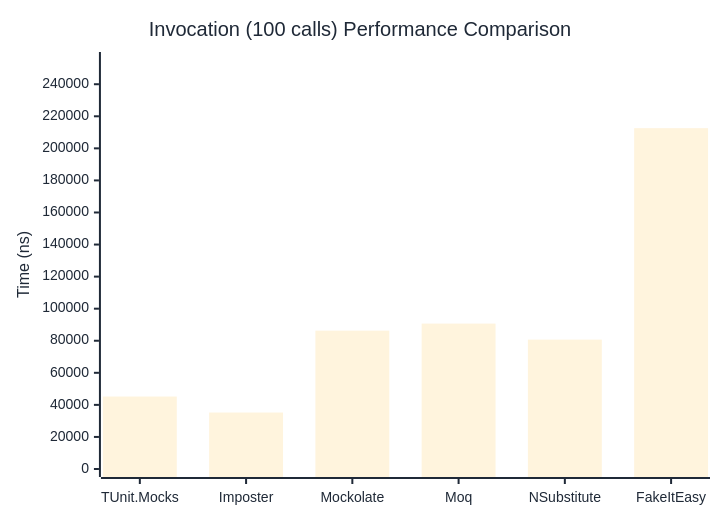
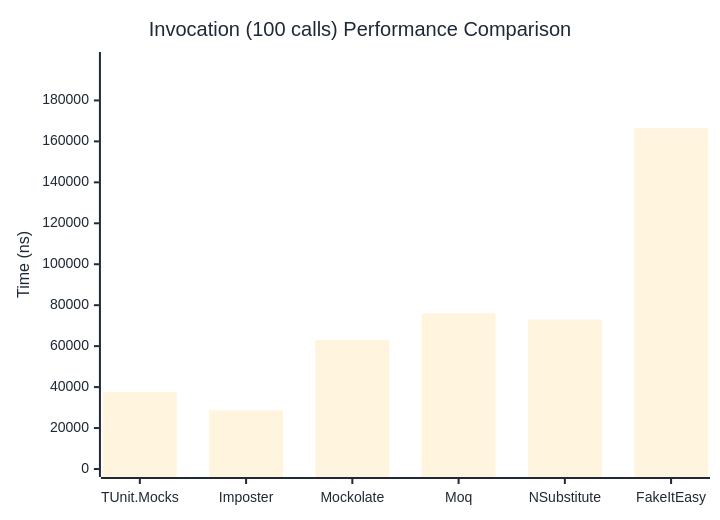
Before and after one commit to thomhurst/TUnit: the third of 3 diagrams in docs/docs/benchmarks/mocks/Invocation.md, drawn with Mermaid. The commit also changed other lines of this file and 14 other files, not shown here.

````diff
--- a/docs/docs/benchmarks/mocks/Invocation.md
+++ b/docs/docs/benchmarks/mocks/Invocation.md
@@ -110,27 +110,27 @@
 ```mermaid
 %%{init: {
   'theme':'base',
   'themeVariables': {
     'primaryColor': '#2563eb',
     'primaryTextColor': '#1f2937',
     'primaryBorderColor': '#1e40af',
     'lineColor': '#6b7280',
     'secondaryColor': '#7c3aed',
     'tertiaryColor': '#dc2626',
     'background': '#ffffff',
     'pie1': '#2563eb',
     'pie2': '#7c3aed',
     'pie3': '#dc2626',
     'pie4': '#f59e0b',
     'pie5': '#10b981',
     'pie6': '#06b6d4',
     'pie7': '#ec4899',
     'pie8': '#6366f1'
   }
 }}%%
 xychart-beta
   title "Invocation (100 calls) Performance Comparison"
   x-axis ["TUnit.Mocks", "Imposter", "Mockolate", "Moq", "NSubstitute", "FakeItEasy"]
-  y-axis "Time (ns)" 0 --> 255113
-  bar [45205.9, 35226, 86306, 90700.6, 80693.8, 212593.6]
+  y-axis "Time (ns)" 0 --> 199752
+  bar [37670.7, 28657.8, 63064.9, 76035, 73001.9, 166460]
 ```
````
